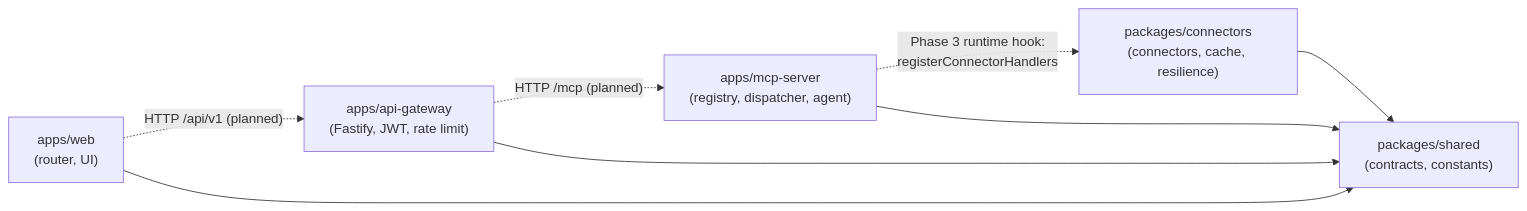
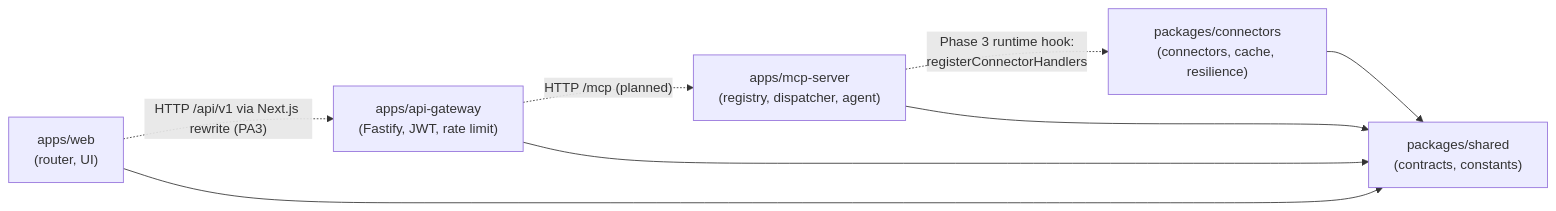
The second of 9 diagrams in docs/Design_Document.md (CPPpriest/BIL481-2026-Project), drawn with Mermaid before and after one commit. The commit also changed other lines of this file, not shown here.

First line of the commit message:
docs(design): update web client sections for PA3 from Yunus handover (M-11)

````diff
--- a/docs/Design_Document.md
+++ b/docs/Design_Document.md
@@ -239,16 +267,16 @@
 ```mermaid
 flowchart LR
     shared["packages/shared<br/>(contracts, constants)"]
     connectors["packages/connectors<br/>(connectors, cache, resilience)"]
     mcp["apps/mcp-server<br/>(registry, dispatcher, agent)"]
     gateway["apps/api-gateway<br/>(Fastify, JWT, rate limit)"]
     web["apps/web<br/>(router, UI)"]
 
     connectors --> shared
     mcp --> shared
     mcp -. "Phase 3 runtime hook:<br/>registerConnectorHandlers" .-> connectors
     gateway --> shared
     web --> shared
-    web -. "HTTP /api/v1 (planned)" .-> gateway
+    web -. "HTTP /api/v1 via Next.js rewrite (PA3)" .-> gateway
     gateway -. "HTTP /mcp (planned)" .-> mcp
 ```
````
